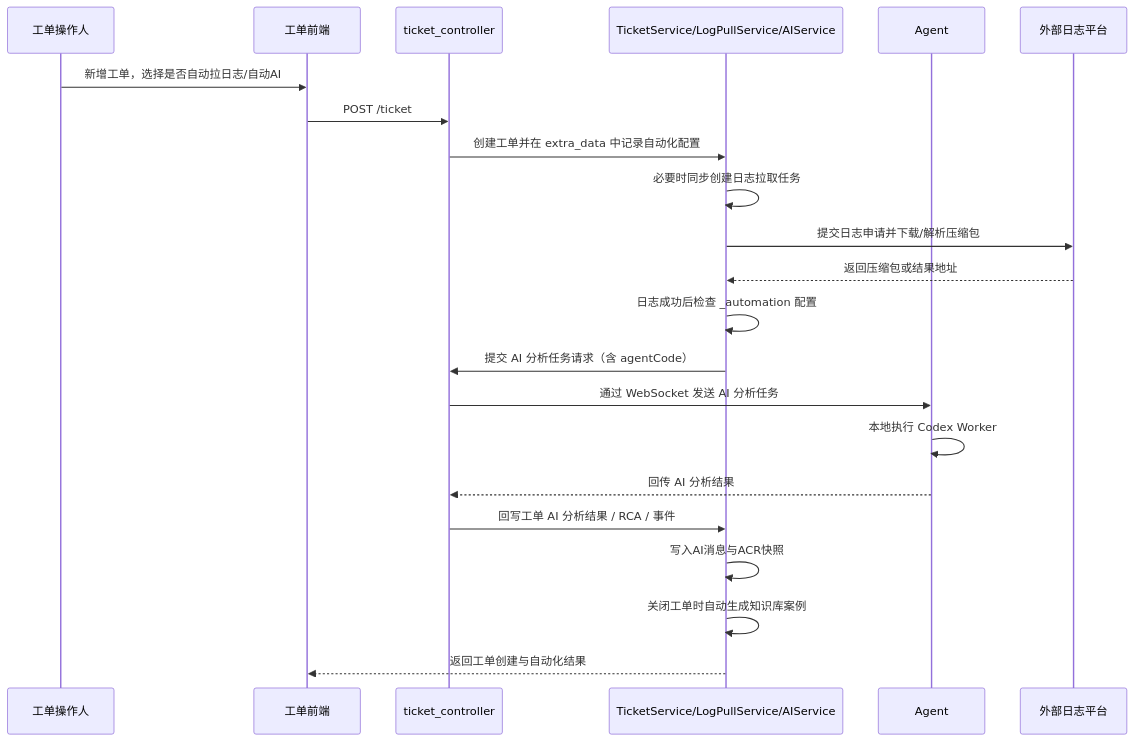
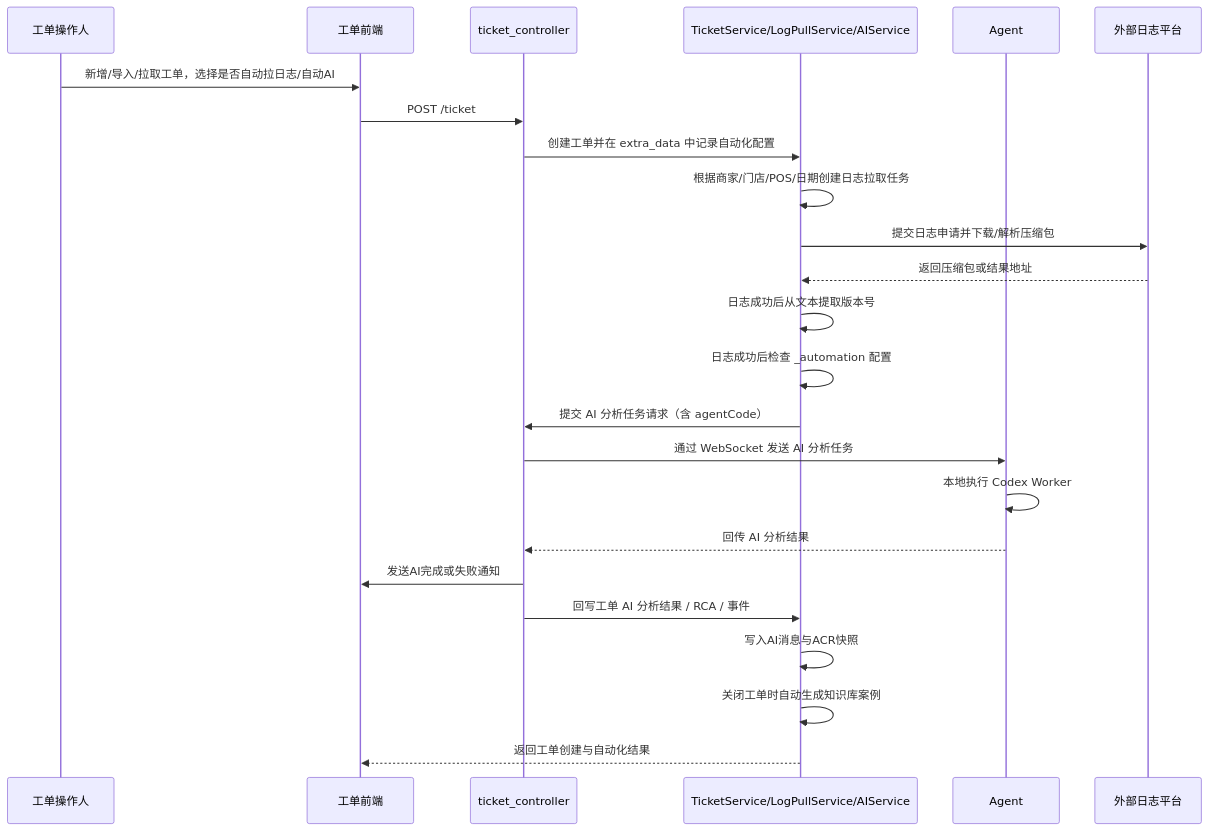
One commit to diaodeng/ApiTestPlatform changed the diagram in wiki/flows/ticket-automation-flow.md. Above: the diagram before and after it, drawn with Mermaid. The commit also changed other lines of this file and 9 other files, not shown here.

````diff
--- a/wiki/flows/ticket-automation-flow.md
+++ b/wiki/flows/ticket-automation-flow.md
@@ -26,25 +26,27 @@
 ```mermaid
 sequenceDiagram
   participant U as 工单操作人
   participant W as 工单前端
   participant C as ticket_controller
   participant S as TicketService/LogPullService/AIService
   participant A as Agent
   participant X as 外部日志平台
 
-  U->>W: 新增工单，选择是否自动拉日志/自动AI
+  U->>W: 新增/导入/拉取工单，选择是否自动拉日志/自动AI
   W->>C: POST /ticket
   C->>S: 创建工单并在 extra_data 中记录自动化配置
-  S->>S: 必要时同步创建日志拉取任务
+  S->>S: 根据商家/门店/POS/日期创建日志拉取任务
   S->>X: 提交日志申请并下载/解析压缩包
   X-->>S: 返回压缩包或结果地址
+  S->>S: 日志成功后从文本提取版本号
   S->>S: 日志成功后检查 _automation 配置
   S->>C: 提交 AI 分析任务请求（含 agentCode）
   C->>A: 通过 WebSocket 发送 AI 分析任务
   A->>A: 本地执行 Codex Worker
   A-->>C: 回传 AI 分析结果
+  C->>W: 发送AI完成或失败通知
   C->>S: 回写工单 AI 分析结果 / RCA / 事件
   S->>S: 写入AI消息与ACR快照
   S->>S: 关闭工单时自动生成知识库案例
   S-->>W: 返回工单创建与自动化结果
 ```
````
